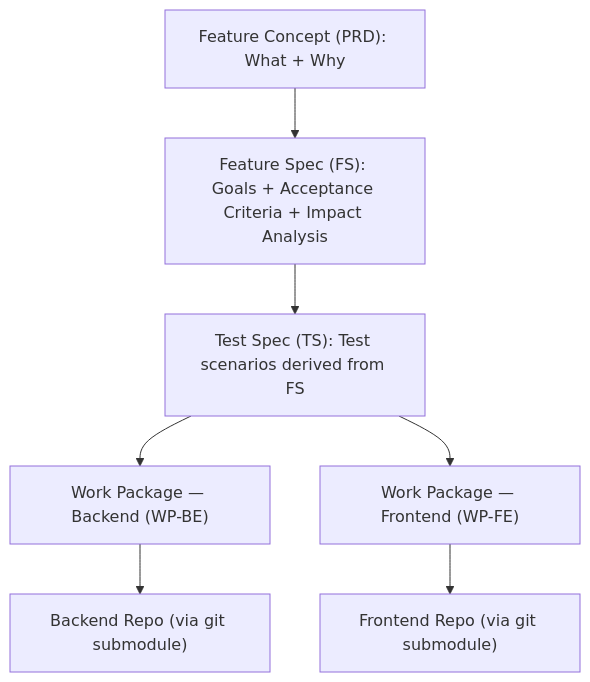
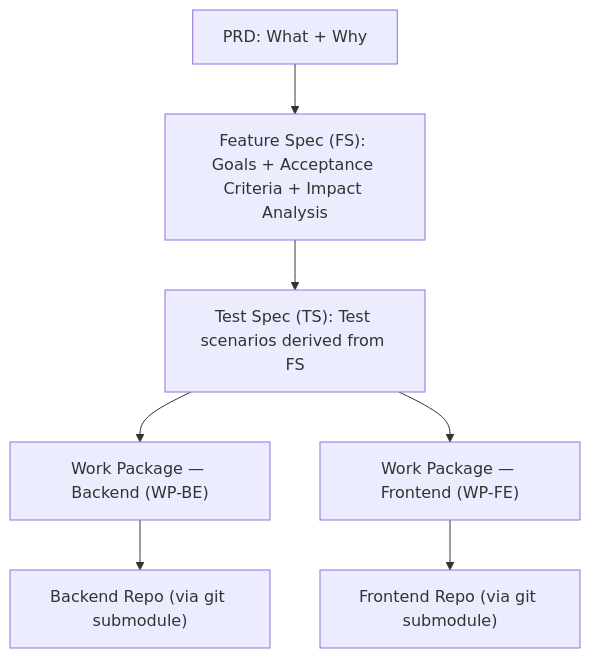
Before and after one commit to tankibaj/spec-driven-development: the diagram in README.md, drawn with Mermaid. The commit also changed other lines of this file and 103 other files, not shown here.

````diff
--- a/README.md
+++ b/README.md
@@ -44,9 +45,9 @@
 ```mermaid
 flowchart TD
-    PRD["Feature Concept (PRD): What + Why"] --> FS["Feature Spec (FS): Goals + Acceptance Criteria + Impact Analysis"]
+    PRD["PRD: What + Why"] --> FS["Feature Spec (FS): Goals + Acceptance Criteria + Impact Analysis"]
     FS --> TS["Test Spec (TS): Test scenarios derived from FS"]
     TS --> BE["Work Package — Backend (WP-BE)"]
     TS --> FE["Work Package — Frontend (WP-FE)"]
     BE --> BR["Backend Repo (via git submodule)"]
     FE --> FR["Frontend Repo (via git submodule)"]
 ```
````
